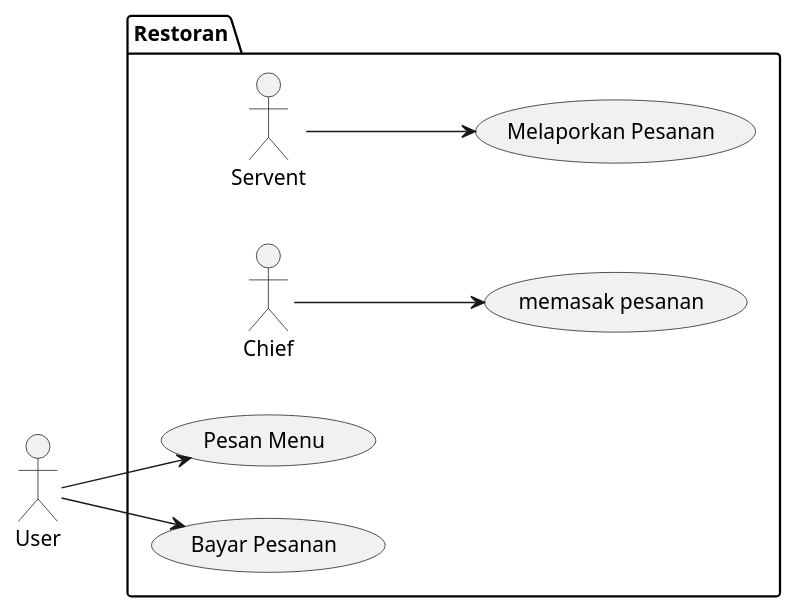
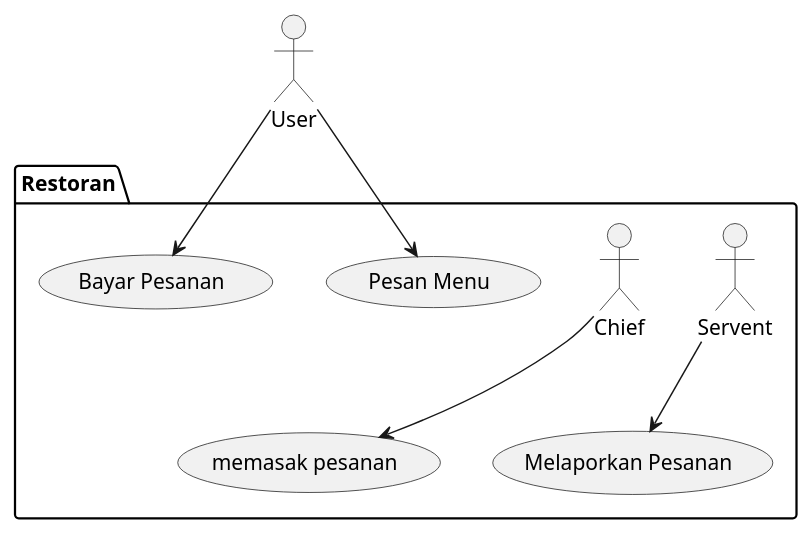
The diagram in pert2/pert2.puml (fitracandra/DAA), drawn with PlantUML before and after one commit. The commit also changed 10 other files, not shown here.

```diff
--- a/pert2/pert2.puml
+++ b/pert2/pert2.puml
@@ -1,25 +1,25 @@
 @startuml pert2
-left to right direction
+' left to right direction '
 
 actor User as user
 package Restoran {
     actor Servent as serv
     actor Chief as chief
 }
 
 package Restoran {
     usecase "Pesan Menu" as U1
     usecase "Bayar Pesanan" as U2
     usecase "Melaporkan Pesanan" as U3
     usecase "memasak pesanan" as U4
 
 }
 
 user-->U1
 user-->U2
 serv-->U3
 chief-->U4
 
 
 
 @enduml
```
